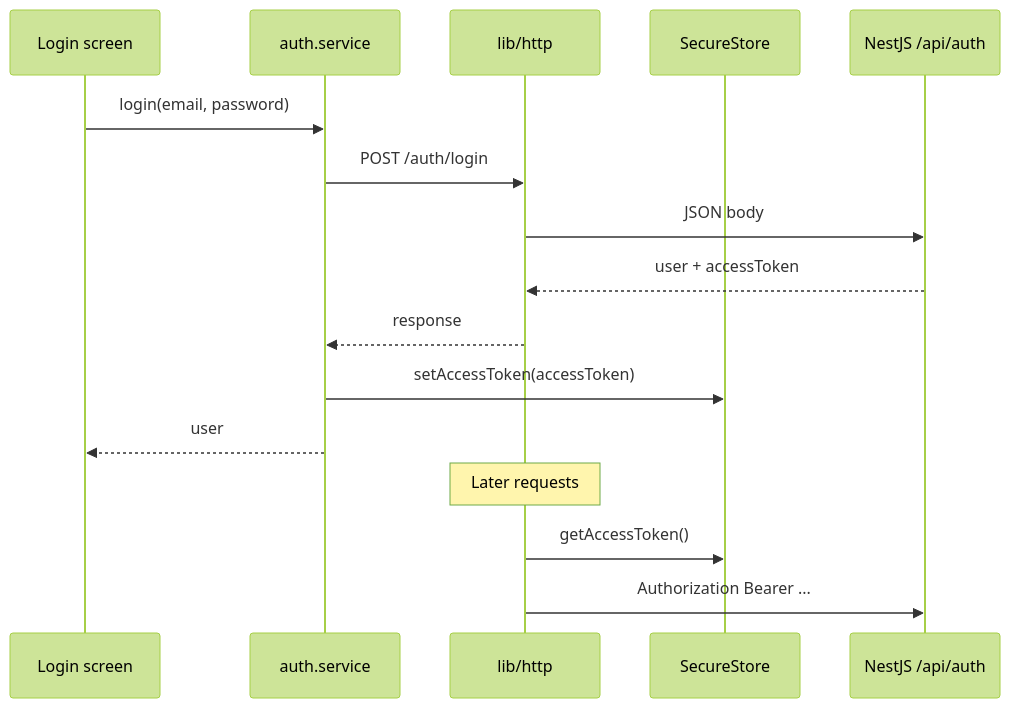
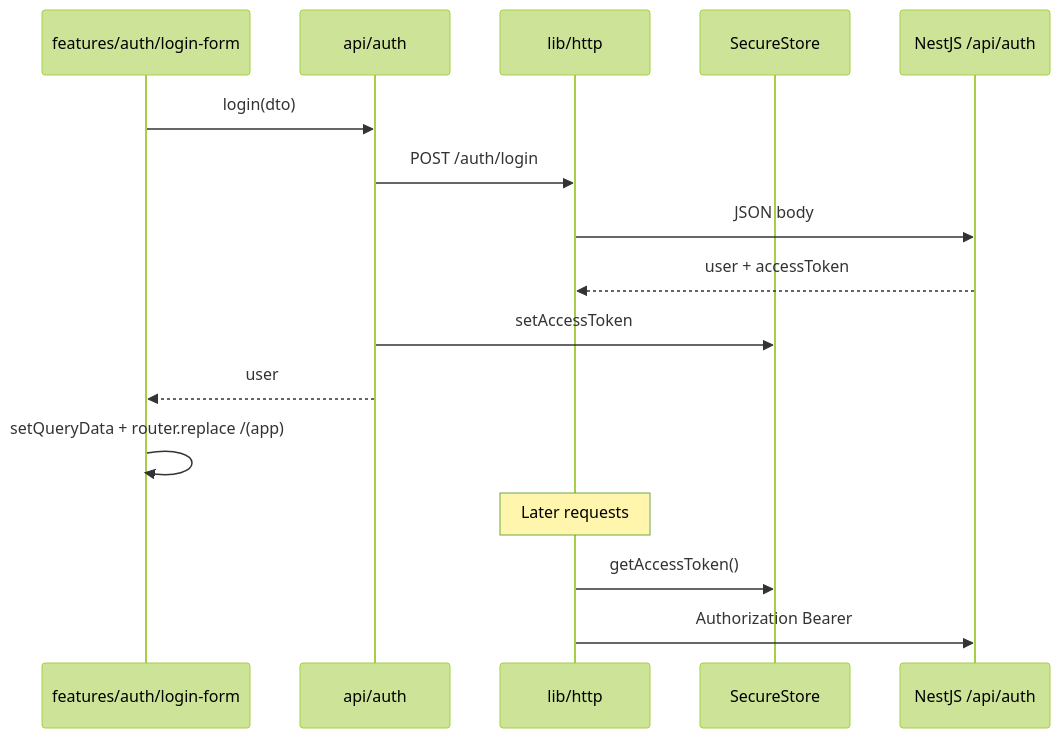
Before and after one commit to DoMAAA21/jobtracker-mobile: the second of 2 diagrams in docs/ARCHITECTURE.md, drawn with Mermaid (forest theme). The commit also changed other lines of this file and 16 other files, not shown here.

Commit message:
Implement authentication API with login, logout, and user retrieval functions. Refactor authentication hooks and update layout and components to use new hooks. Enhance folder structure by consolidating authentication logic and updating related components for improved clarity and maintainability.

````diff
--- a/docs/ARCHITECTURE.md
+++ b/docs/ARCHITECTURE.md
@@ -87,20 +86,20 @@
 ```mermaid
 sequenceDiagram
-  participant Screen as Login screen
-  participant AuthSvc as auth.service
+  participant Form as features/auth/login-form
+  participant API as api/auth
   participant HTTP as lib/http
   participant Store as SecureStore
-  participant API as NestJS /api/auth
+  participant Nest as NestJS /api/auth
 
-  Screen->>AuthSvc: login(email, password)
-  AuthSvc->>HTTP: POST /auth/login
-  HTTP->>API: JSON body
-  API-->>HTTP: user + accessToken
-  HTTP-->>AuthSvc: response
-  AuthSvc->>Store: setAccessToken(accessToken)
-  AuthSvc-->>Screen: user
+  Form->>API: login(dto)
+  API->>HTTP: POST /auth/login
+  HTTP->>Nest: JSON body
+  Nest-->>HTTP: user + accessToken
+  API->>Store: setAccessToken
+  API-->>Form: user
+  Form->>Form: setQueryData + router.replace /(app)
 
   Note over HTTP: Later requests
   HTTP->>Store: getAccessToken()
-  HTTP->>API: Authorization Bearer ...
+  HTTP->>Nest: Authorization Bearer
 ```
````
